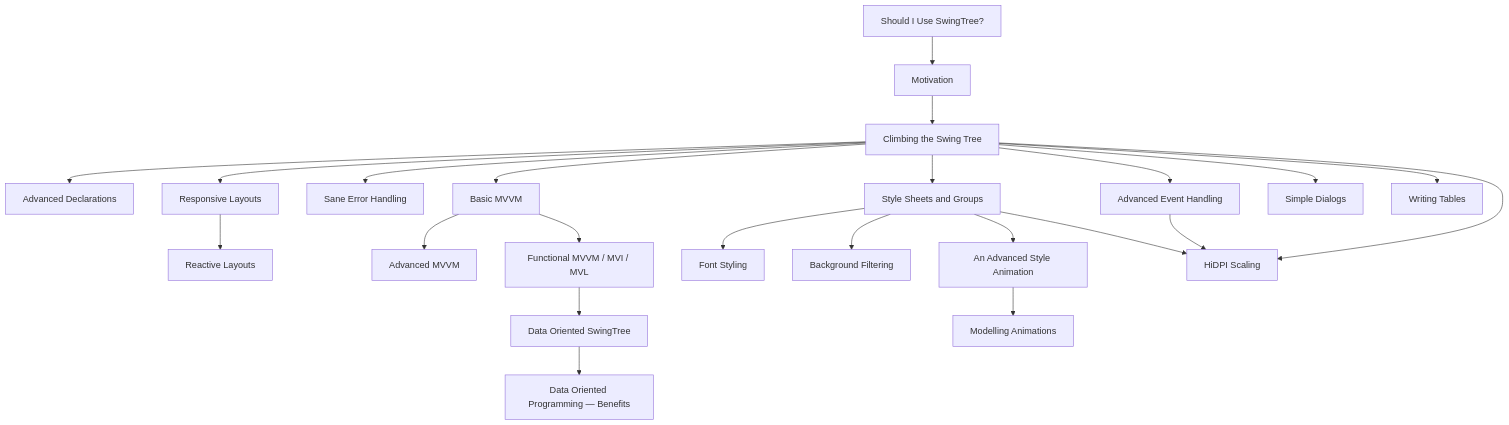
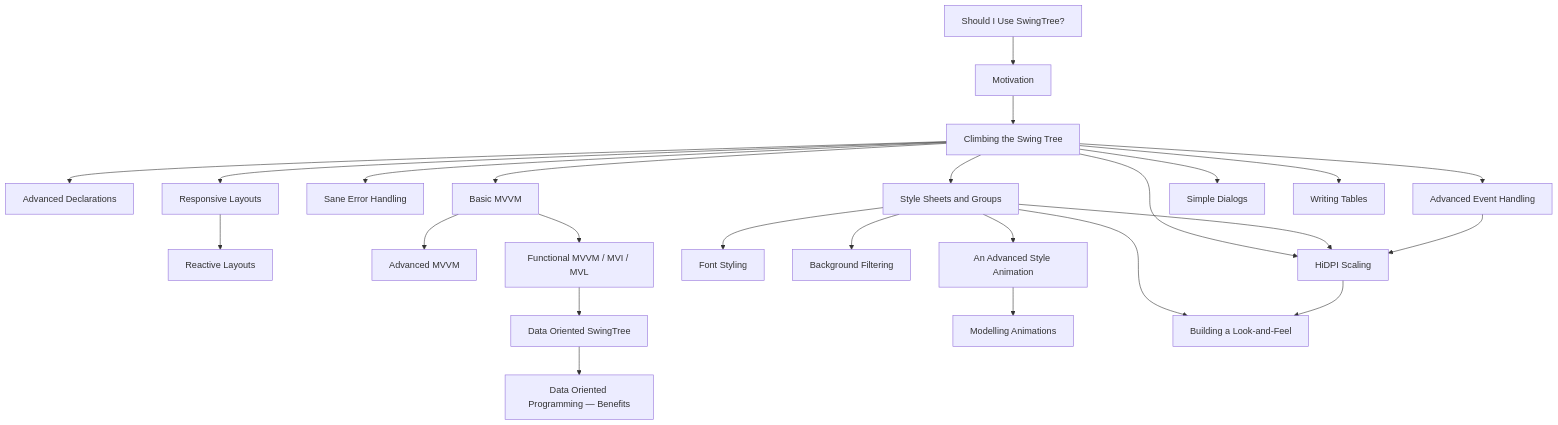
One commit to globaltcad/swing-tree changed the diagram in docs/markdown/README.md. Above: the diagram before and after it, drawn with Mermaid. The commit also changed other lines of this file and 7 other files, not shown here.

````diff
--- a/docs/markdown/README.md
+++ b/docs/markdown/README.md
@@ -76,25 +77,27 @@
 ```mermaid
 graph TD;
     S[Should I Use SwingTree?] --> M[Motivation]
     M[Motivation] --> C[Climbing the Swing Tree]
     C --> AD[Advanced Declarations]
     C --> RL[Responsive Layouts]
     C --> SAN[Sane Error Handling]
     RL --> RAL[Reactive Layouts]
     C --> BMV[Basic MVVM]
     BMV --> AMV[Advanced MVVM]
     BMV --> FMV[Functional MVVM / MVI / MVL]
     FMV --> DO[Data Oriented SwingTree]
     DO --> DOB[Data Oriented Programming — Benefits]
     C --> SS[Style Sheets and Groups]
     SS --> FS[Font Styling]
     SS --> BF[Background Filtering]
     SS --> ASA[An Advanced Style Animation]
     ASA --> MA[Modelling Animations]
     C --> EH[Advanced Event Handling]
     C --> SD[Simple Dialogs]
     C --> WT[Writing Tables]
     C --> HDPI[HiDPI Scaling]
     SS --> HDPI
     EH --> HDPI
+    SS --> LAF[Building a Look-and-Feel]
+    HDPI --> LAF
 ```
````
